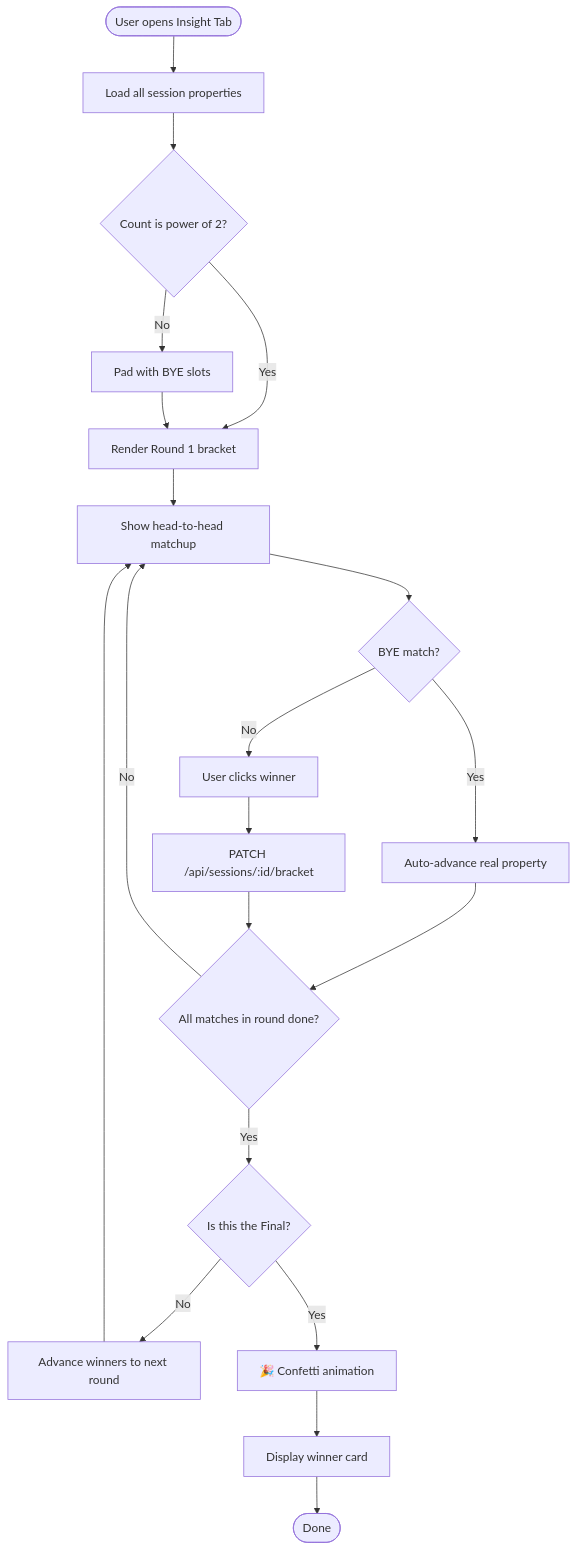
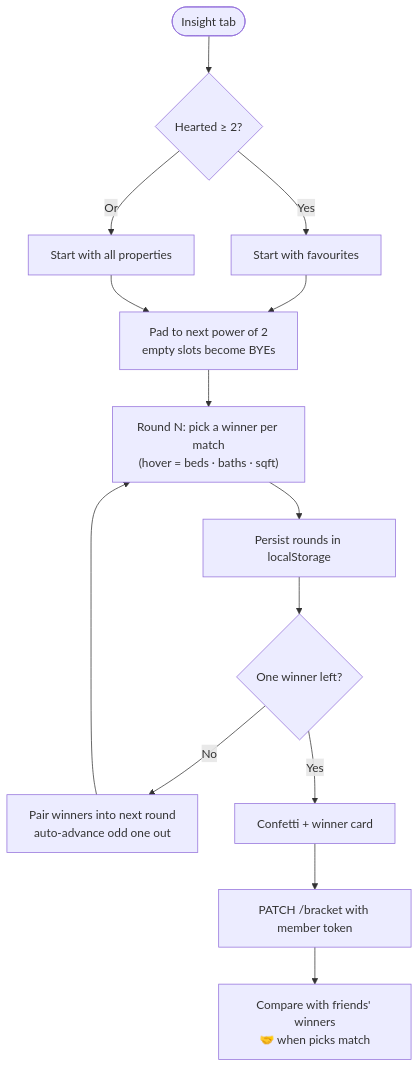
One commit to snsyaqirah/snsyaqirah.github.io changed diagram 14 of 16 in portfolio-react/public/docs/surveyluhh.md. Above: the diagram before and after it, drawn with Mermaid. The commit also changed other lines of this file and 101 other files, not shown here.

````diff
--- a/portfolio-react/public/docs/surveyluhh.md
+++ b/portfolio-react/public/docs/surveyluhh.md
@@ -466,22 +533,16 @@
 ```mermaid
 flowchart TD
-    A([User opens Insight Tab]) --> B[Load all session properties]
-    B --> C{Count is power of 2?}
-    C -->|No| D[Pad with BYE slots]
-    C -->|Yes| E[Render Round 1 bracket]
+    A(["Insight tab"]) --> B{"Hearted ≥ 2?"}
+    B -->|Yes| C["Start with favourites"]
+    B -->|"Or"| D["Start with all properties"]
+    C --> E["Pad to next power of 2<br/>empty slots become BYEs"]
     D --> E
-    E --> F[Show head-to-head matchup]
-    F --> G{BYE match?}
-    G -->|Yes| H[Auto-advance real property]
-    G -->|No| I[User clicks winner]
-    I --> J[PATCH /api/sessions/:id/bracket]
-    H --> K{All matches in round done?}
-    J --> K
-    K -->|No| F
-    K -->|Yes| L{Is this the Final?}
-    L -->|No| M[Advance winners to next round]
-    M --> F
-    L -->|Yes| N[🎉 Confetti animation]
-    N --> O[Display winner card]
-    O --> P([Done])
+    E --> F["Round N: pick a winner per match<br/>(hover = beds · baths · sqft)"]
+    F --> G["Persist rounds in localStorage"]
+    G --> H{"One winner left?"}
+    H -->|No| I["Pair winners into next round<br/>auto-advance odd one out"]
+    I --> F
+    H -->|Yes| J["Confetti + winner card"]
+    J --> K["PATCH /bracket with member token"]
+    K --> L["Compare with friends' winners<br/>🤝 when picks match"]
 ```
````
